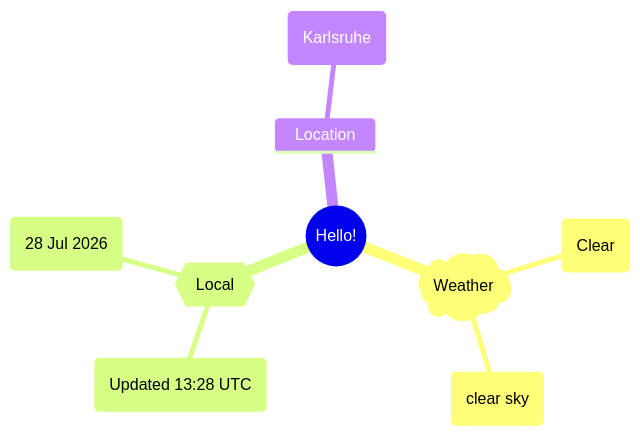
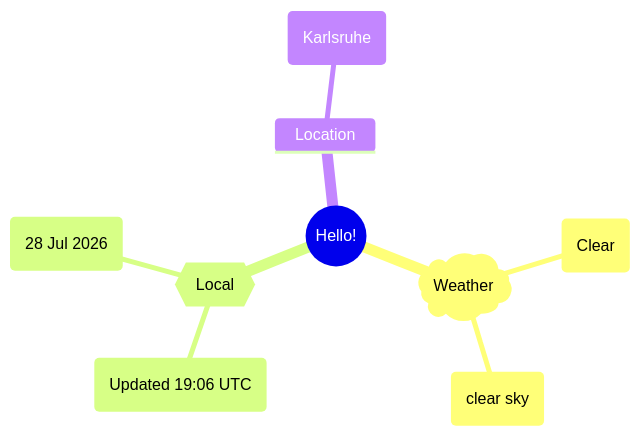
The first of 2 diagrams in README.md (Xosrov/Xosrov), drawn with Mermaid before and after one commit.

Commit message:
[bot] updated images

````diff
--- a/README.md
+++ b/README.md
@@ -3,12 +3,12 @@
 ```mermaid
 mindmap
   root((Hello!))
     )Weather(
         (Clear)
         (clear sky)
     {{Local}}
-        (Updated 13:28 UTC)
+        (Updated 19:06 UTC)
         (28 Jul 2026)
     Location
         (Karlsruhe)
 ```
````
